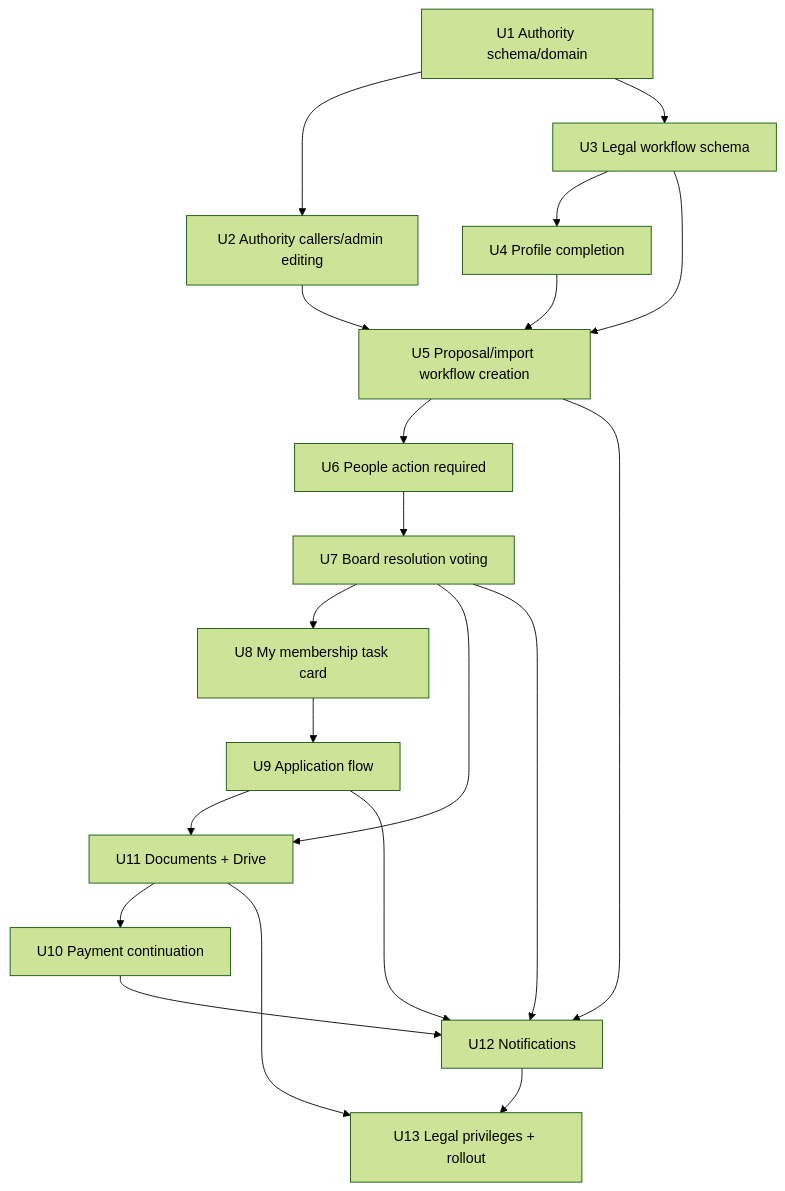
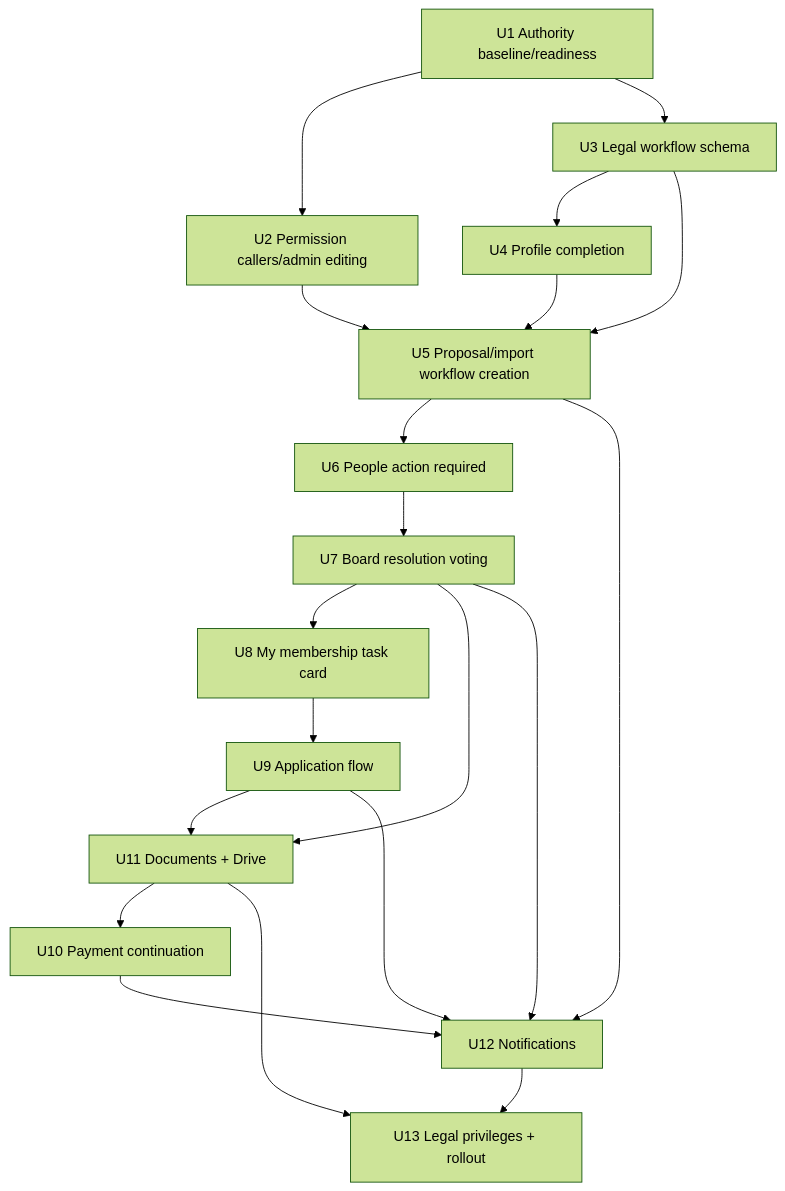
Before and after one commit to startberlin/cockpit: the third of 4 diagrams in docs/plans/2026-05-02-001-feat-membership-lifecycle-workflows-plan.md, drawn with Mermaid (forest theme). The commit also changed other lines of this file and 1 other file, not shown here.

````diff
--- a/docs/plans/2026-05-02-001-feat-membership-lifecycle-workflows-plan.md
+++ b/docs/plans/2026-05-02-001-feat-membership-lifecycle-workflows-plan.md
@@ -198,22 +200,22 @@
 ```mermaid
 flowchart TB
-  U1["U1 Authority schema/domain"] --> U2["U2 Authority callers/admin editing"]
+  U1["U1 Authority baseline/readiness"] --> U2["U2 Permission callers/admin editing"]
   U1 --> U3["U3 Legal workflow schema"]
   U3 --> U4["U4 Profile completion"]
   U2 --> U5["U5 Proposal/import workflow creation"]
   U3 --> U5
   U4 --> U5
   U5 --> U6["U6 People action required"]
   U6 --> U7["U7 Board resolution voting"]
   U7 --> U8["U8 My membership task card"]
   U8 --> U9["U9 Application flow"]
   U9 --> U11["U11 Documents + Drive"]
   U11 --> U10["U10 Payment continuation"]
   U7 --> U11["U11 Documents + Drive"]
   U5 --> U12["U12 Notifications"]
   U7 --> U12
   U9 --> U12
   U10 --> U12
   U11 --> U13["U13 Legal privileges + rollout"]
   U12 --> U13
 ```
````
